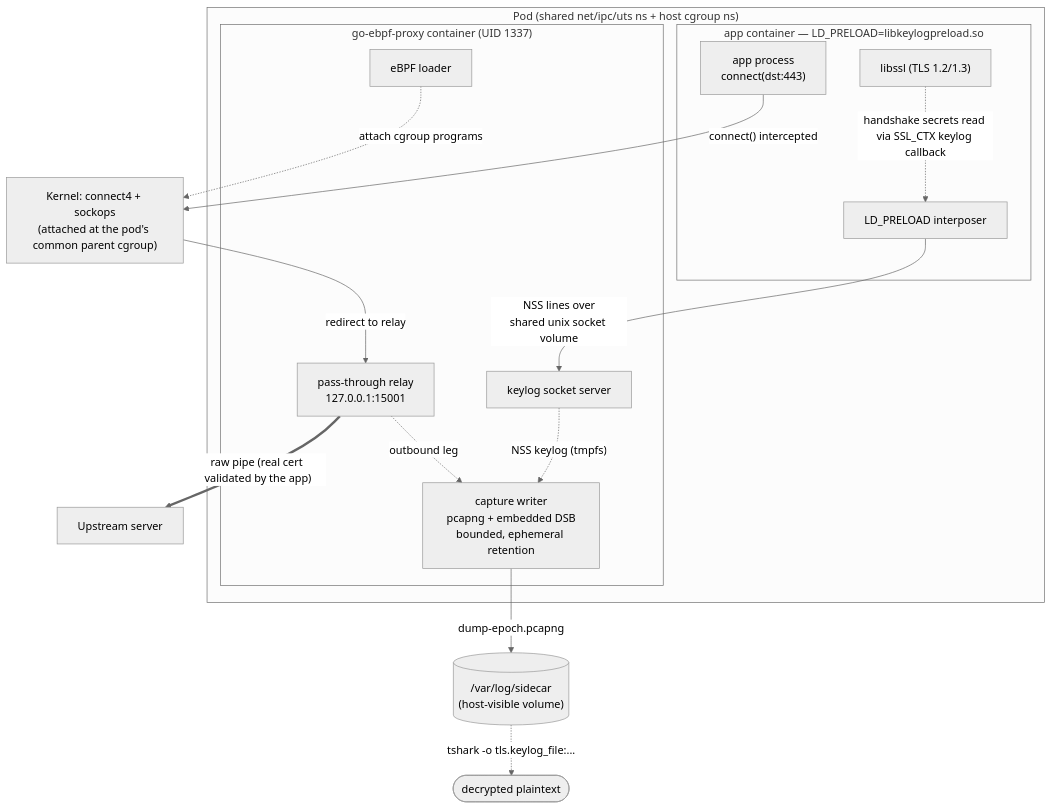
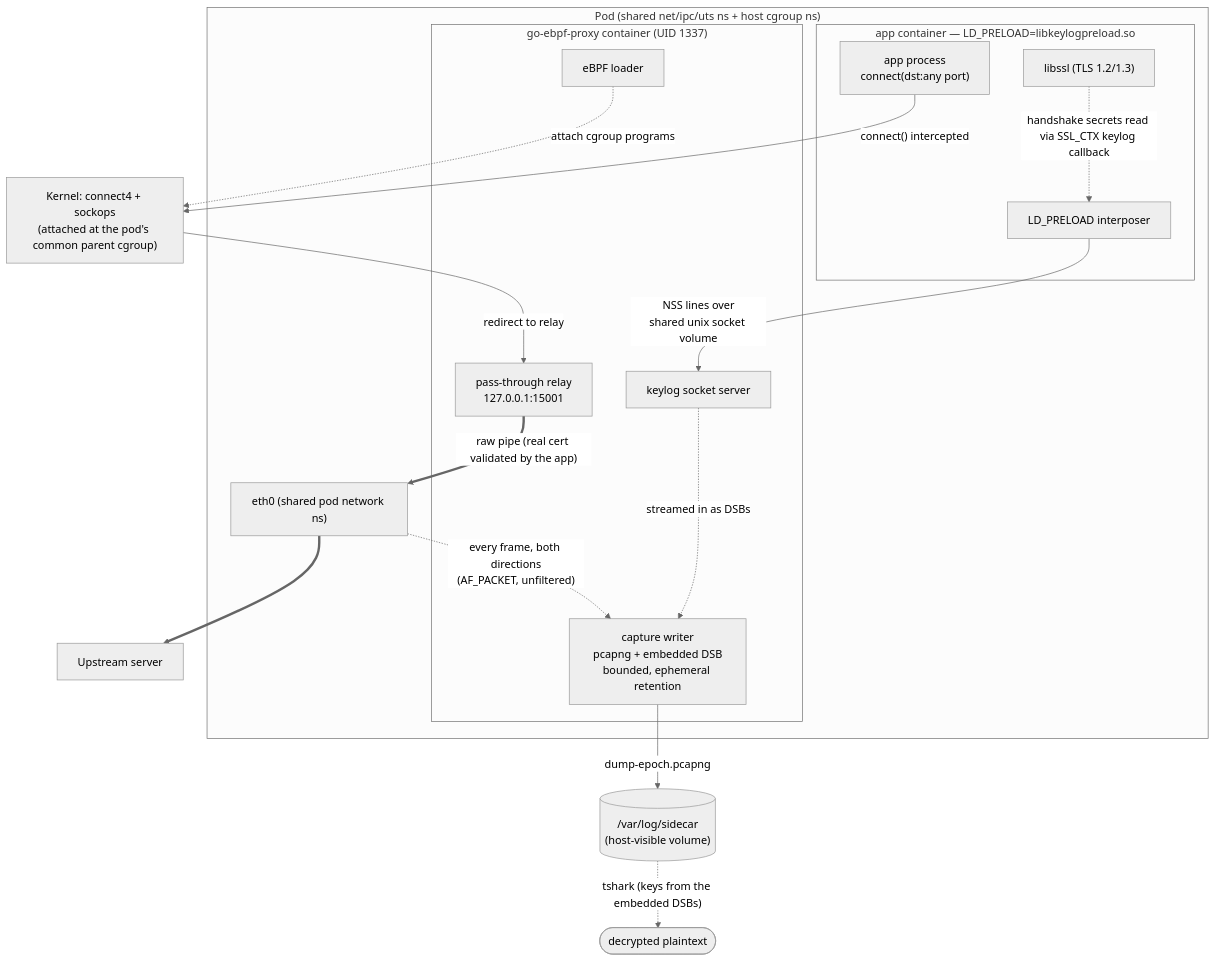
Before and after one commit to mesbrj/GO-eBPF-Proxy: the second of 2 diagrams in README.md, drawn with Mermaid (neutral theme). The commit also changed other lines of this file, not shown here.

First line of the commit message:
docs(readme): describe the current scope and what capture records

````diff
--- a/README.md
+++ b/README.md
@@ -77,28 +81,30 @@
 ```mermaid
 flowchart TB
     subgraph pod["Pod (shared net/ipc/uts ns + host cgroup ns)"]
         subgraph appc["app container — LD_PRELOAD=libkeylogpreload.so"]
-            app["app process<br/>connect(dst:443)"]
+            app["app process<br/>connect(dst:any port)"]
             libssl["libssl (TLS 1.2/1.3)"]
             interposer["LD_PRELOAD interposer"]
         end
         subgraph sidecar["go-ebpf-proxy container (UID 1337)"]
             loader["eBPF loader"]
             relay["pass-through relay<br/>127.0.0.1:15001"]
             keylog["keylog socket server"]
             capture["capture writer<br/>pcapng + embedded DSB<br/>bounded, ephemeral retention"]
         end
+        eth0["eth0 (shared pod network ns)"]
     end
     kernel["Kernel: connect4 + sockops<br/>(attached at the pod's common parent cgroup)"]
 
     app -- "connect() intercepted" --> kernel
     kernel -- "redirect to relay" --> relay
     libssl -. "handshake secrets read via SSL_CTX keylog callback" .-> interposer
     interposer -- "NSS lines over<br/>shared unix socket volume" --> keylog
     loader -. "attach cgroup programs" .-> kernel
-    relay == "raw pipe (real cert validated by the app)" ==> upstream["Upstream server"]
-    relay -. "outbound leg" .-> capture
-    keylog -. "NSS keylog (tmpfs)" .-> capture
+    relay == "raw pipe (real cert validated by the app)" ==> eth0
+    eth0 ==> upstream["Upstream server"]
+    eth0 -. "every frame, both directions<br/>(AF_PACKET, unfiltered)" .-> capture
+    keylog -. "streamed in as DSBs" .-> capture
     capture -- "dump-epoch.pcapng" --> disk[("/var/log/sidecar<br/>(host-visible volume)")]
-    disk -. "tshark -o tls.keylog_file:..." .-> decrypted(["decrypted plaintext"])
+    disk -. "tshark (keys from the embedded DSBs)" .-> decrypted(["decrypted plaintext"])
 ```
````
